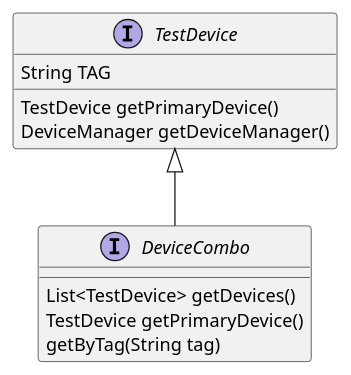
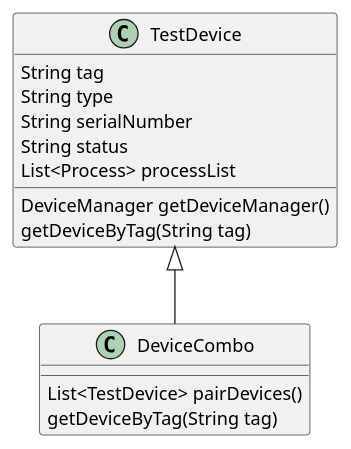
One commit to microsoft/HydraLab changed the seventh of 7 diagrams in agent/doc/UML/test_runner_design.puml. Above: the diagram before and after it, drawn with PlantUML. The commit also changed 2 other files, not shown here.

```diff
--- a/agent/doc/UML/test_runner_design.puml
+++ b/agent/doc/UML/test_runner_design.puml
@@ -195,14 +195,17 @@
 @startuml test_device_design
 
-interface TestDevice{
-   String TAG
-   TestDevice getPrimaryDevice()
-   DeviceManager getDeviceManager()
+class TestDevice{
+    String tag
+    String type
+    String serialNumber
+    String status
+    List<Process> processList
+    DeviceManager getDeviceManager()
+    getDeviceByTag(String tag)
 }
 
-interface DeviceCombo extends TestDevice{
-   List<TestDevice> getDevices()
-   TestDevice getPrimaryDevice()
-   getByTag(String tag)
+class DeviceCombo extends TestDevice{
+   List<TestDevice> pairDevices()
+   getDeviceByTag(String tag)
 }
 @enduml
```
